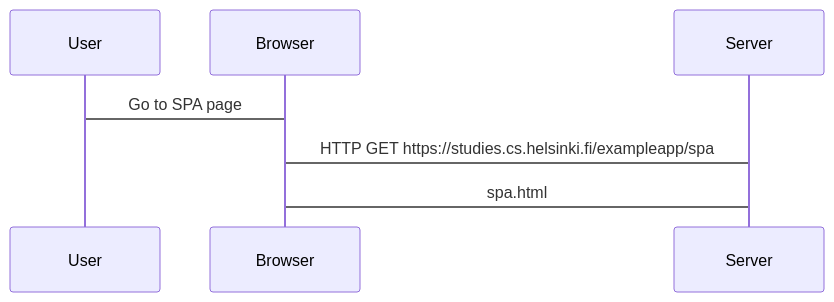
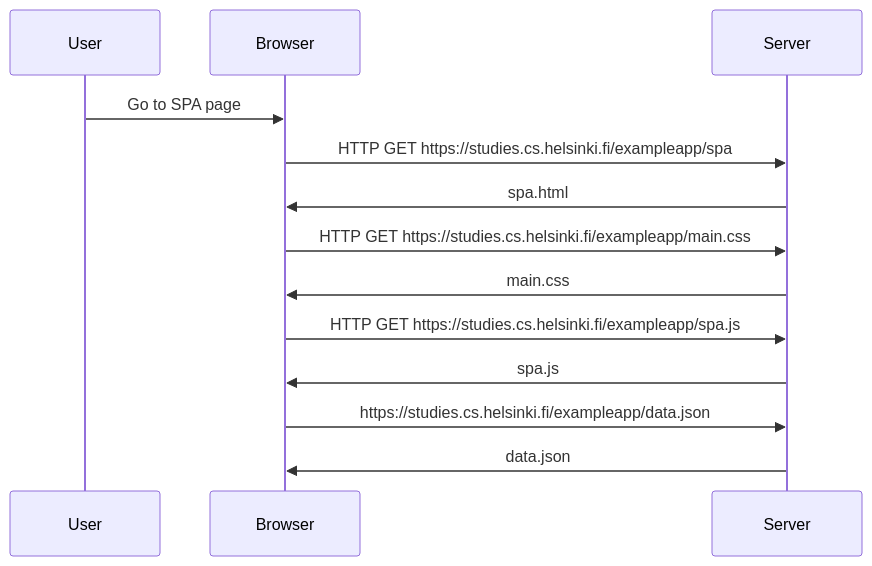
The diagram in 0.5.md (austinlamb97/fso), drawn with Mermaid before and after one commit.

````diff
--- a/0.5.md
+++ b/0.5.md
@@ -1,9 +1,15 @@
 ```mermaid
 sequenceDiagram
 
-User->Browser: Go to SPA page
-Browser->Server: HTTP GET https://studies.cs.helsinki.fi/exampleapp/spa
-Server->Browser: spa.html
+User->>Browser: Go to SPA page
+Browser->>Server: HTTP GET https://studies.cs.helsinki.fi/exampleapp/spa
+Server->>Browser: spa.html
+Browser->>Server: HTTP GET https://studies.cs.helsinki.fi/exampleapp/main.css
+Server->>Browser: main.css
+Browser->>Server: HTTP GET https://studies.cs.helsinki.fi/exampleapp/spa.js
+Server->>Browser: spa.js
+Browser->>Server: https://studies.cs.helsinki.fi/exampleapp/data.json
+Server->>Browser: data.json
 
 
 ```
````
